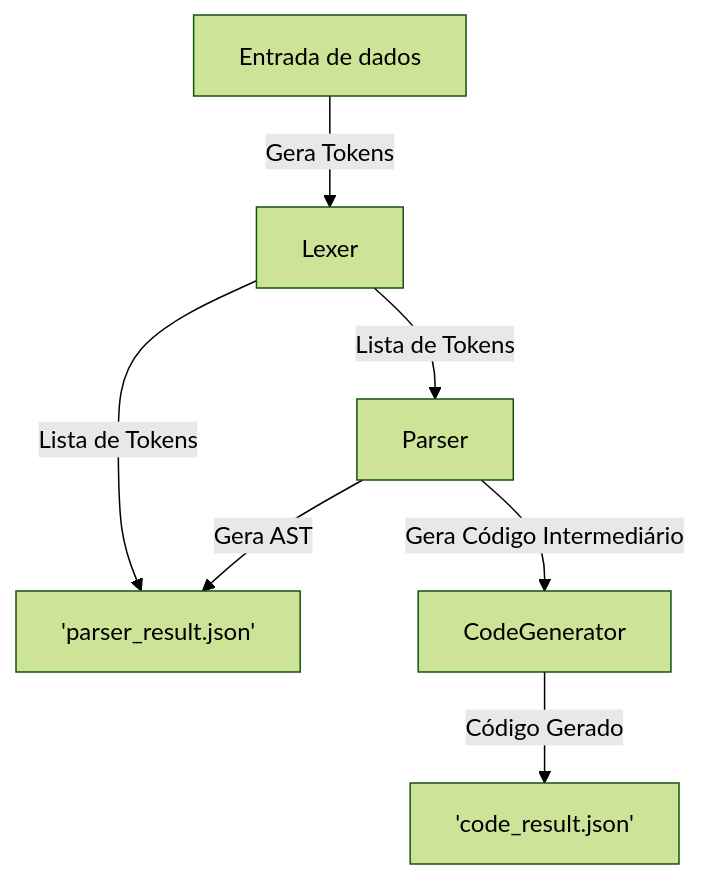
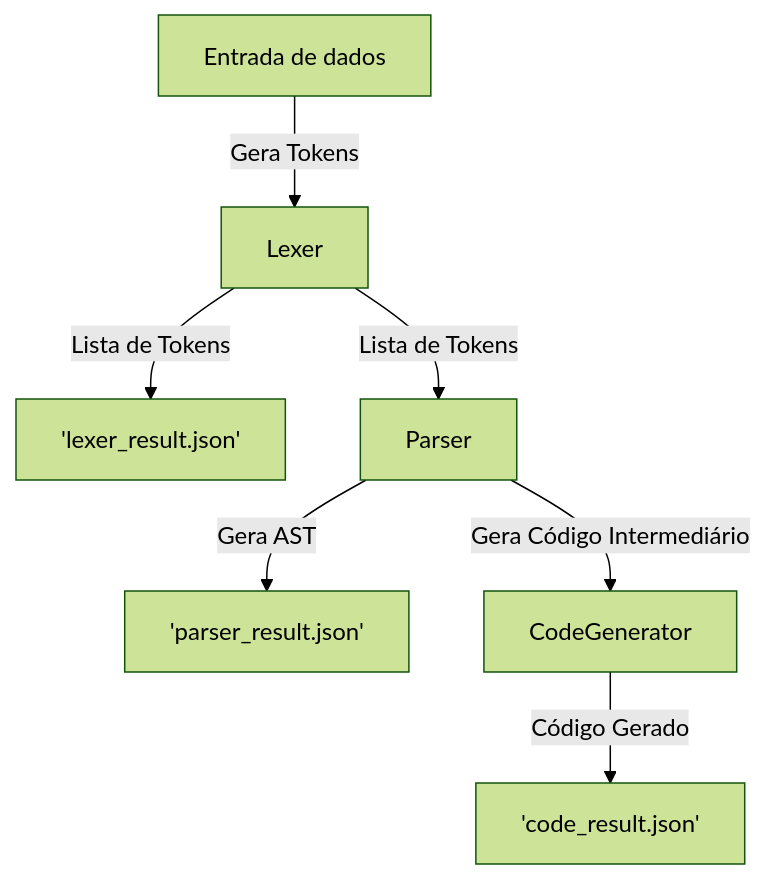
The diagram in README.md (feliperafaldini/compiladores-4-semestre), drawn with Mermaid (forest theme) before and after one commit.

````diff
--- a/README.md
+++ b/README.md
@@ -104,11 +104,11 @@
 ```mermaid
   flowchart TD
   data["Entrada de dados"] -->|Gera Tokens| Lexer[Lexer]
-  Lexer -->|Lista de Tokens| JSON['lexer_result.json'] 
+  Lexer -->|Lista de Tokens| LexerJSON['lexer_result.json'] 
   Lexer -->|Lista de Tokens| Parser[Parser]
-  Parser -->|Gera AST| JSON['parser_result.json']
+  Parser -->|Gera AST| ParserJSON['parser_result.json']
   Parser -->|Gera Código Intermediário| CodeGenerator[CodeGenerator]
   CodeGenerator -->|Código Gerado| GeneratedCode['code_result.json']
 
   class Lexer,Tokens,Parser,CodeGenerator,GeneratedCode,AST,data internal
 ```
````
